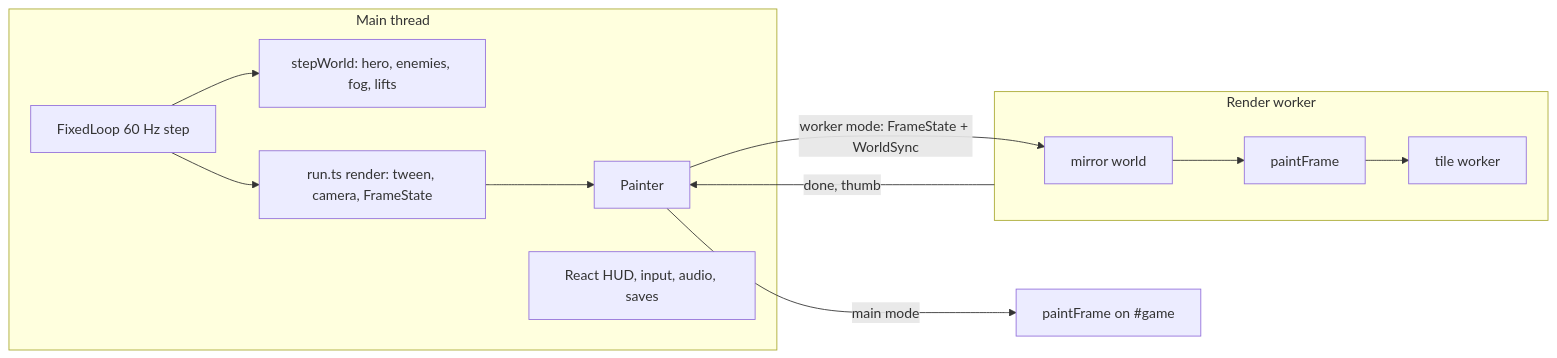
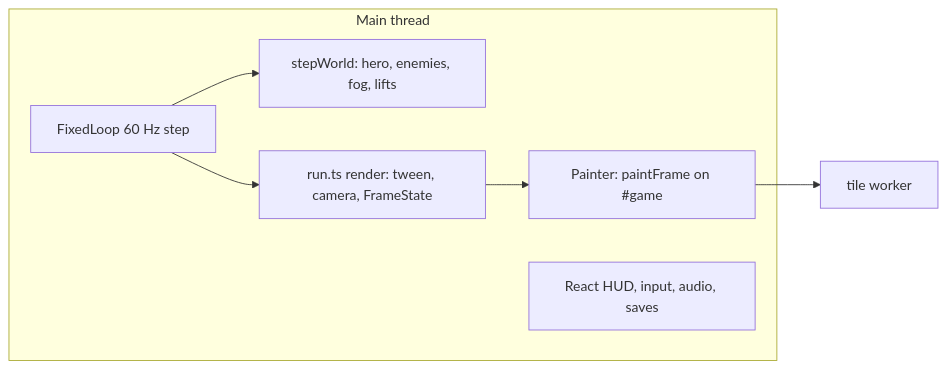
The first of 6 diagrams in docs/rendering.md (pilniczek/colony2080), drawn with Mermaid before and after one commit. The commit also changed other lines of this file and 13 other files, not shown here.

First line of the commit message:
Render perf: draw every frame on the main thread, remove the render worker

````diff
--- a/docs/rendering.md
+++ b/docs/rendering.md
@@ -9,16 +9,10 @@
 ```mermaid
 flowchart LR
   subgraph main[Main thread]
     loop[FixedLoop 60 Hz step] --> step[stepWorld: hero, enemies, fog, lifts]
     loop --> render[run.ts render: tween, camera, FrameState]
-    render --> painter[Painter]
+    render --> painter[Painter: paintFrame on #game]
     hud[React HUD, input, audio, saves]
   end
-  subgraph rw[Render worker]
-    mirror[mirror world] --> paint[paintFrame]
-    paint --> tw[tile worker]
-  end
-  painter -- "main mode" --> paintMain[paintFrame on #game]
-  painter -- "worker mode: FrameState + WorldSync" --> mirror
-  rw -- "done, thumb" --> painter
+  painter --> tw[tile worker]
 ```
````
